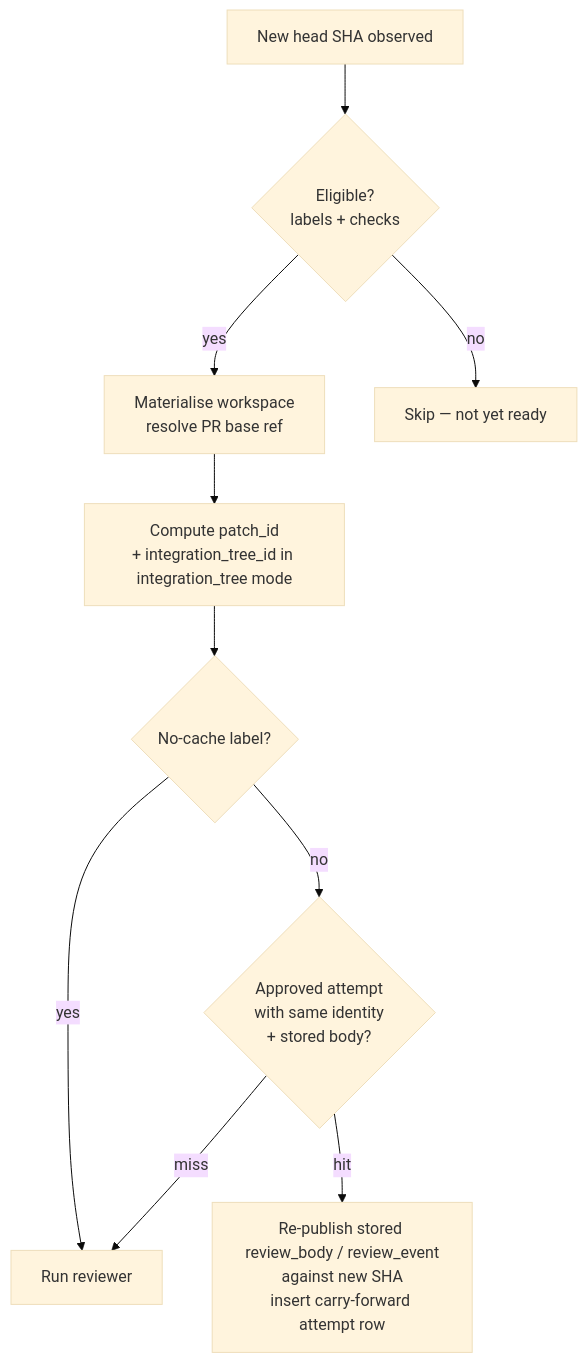
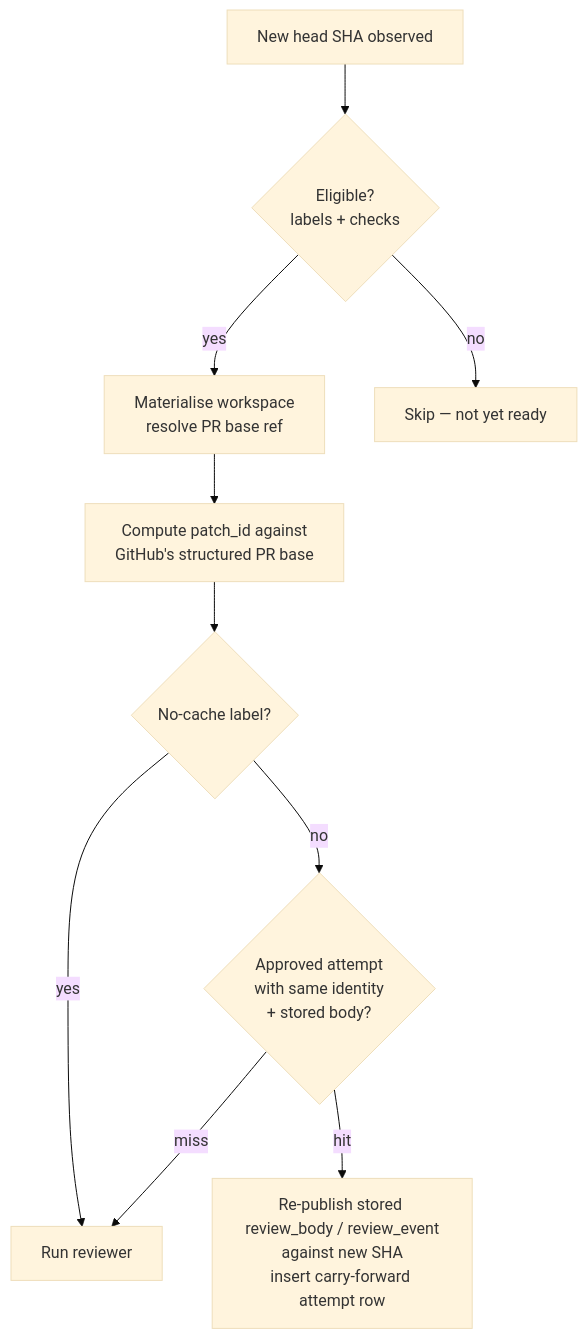
One commit to krasnoperov/patchrelay changed the diagram in docs/review-quill.md. Above: the diagram before and after it, drawn with Mermaid (base theme). The commit also changed other lines of this file and 17 other files, not shown here.

Commit message:
refactor(patchrelay): remove integration-tree protocol legacy

````diff
--- a/docs/review-quill.md
+++ b/docs/review-quill.md
@@ -140,22 +144,22 @@
 ```mermaid
 flowchart TD
     head[New head SHA observed]
     elig{Eligible?<br/>labels + checks}
     mat[Materialise workspace<br/>resolve PR base ref]
-    id[Compute patch_id<br/>+ integration_tree_id in integration_tree mode]
+    id[Compute patch_id against<br/>GitHub's structured PR base]
     nocache{No-cache label?}
     lookup{Approved attempt<br/>with same identity<br/>+ stored body?}
     republish[Re-publish stored review_body / review_event<br/>against new SHA<br/>insert carry-forward attempt row]
     fresh[Run reviewer]
     skip[Skip — not yet ready]
 
     head --> elig
     elig -- no --> skip
     elig -- yes --> mat
     mat --> id
     id --> nocache
     nocache -- yes --> fresh
     nocache -- no --> lookup
     lookup -- hit --> republish
     lookup -- miss --> fresh
 ```
````
